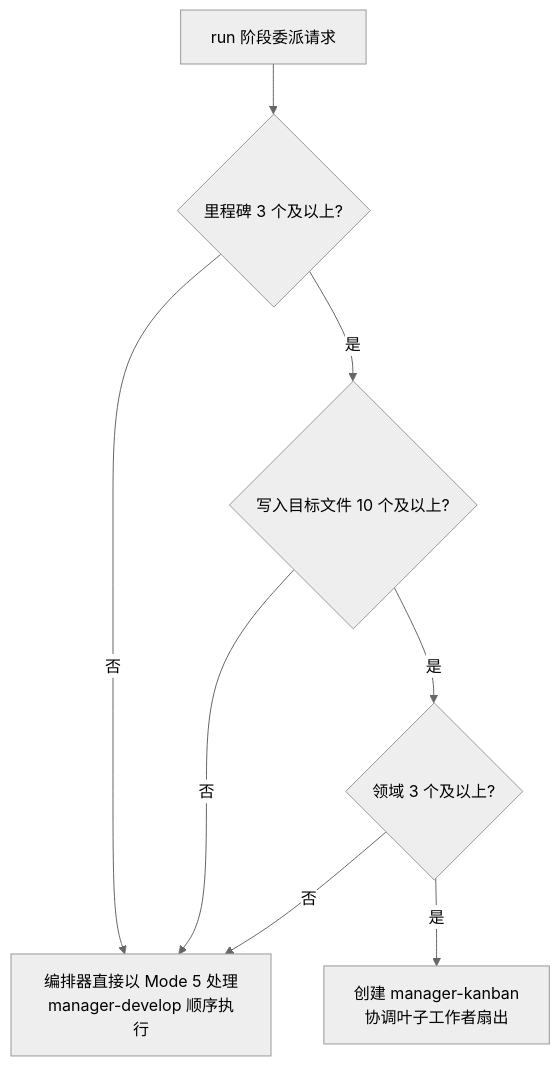
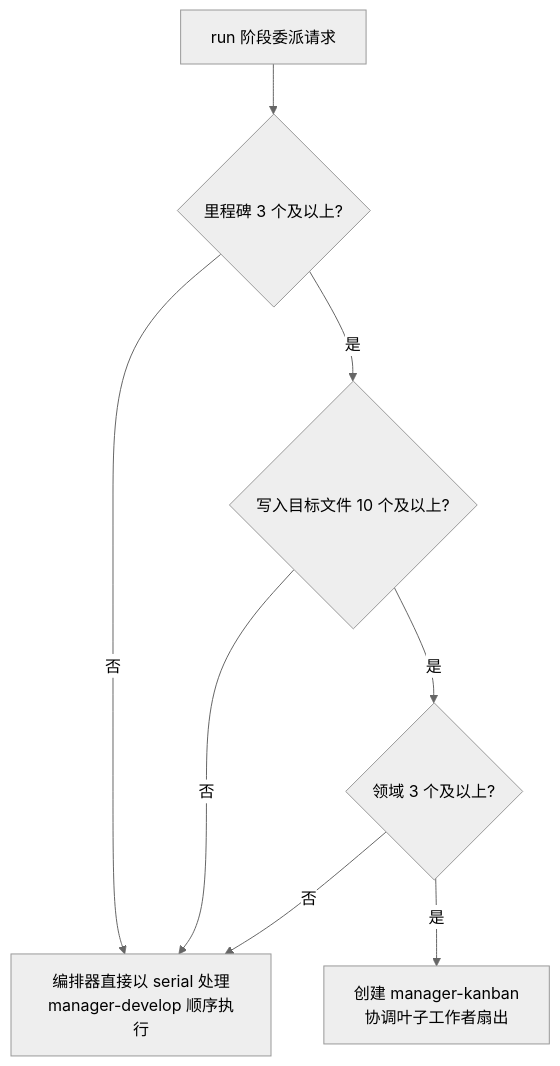
Before and after one commit to modu-ai/moai-adk: the second of 5 diagrams in docs-site/content/zh/advanced/agent-guide.md, drawn with Mermaid (neutral theme). The commit also changed other lines of this file and 80 other files, not shown here.

````diff
--- a/docs-site/content/zh/advanced/agent-guide.md
+++ b/docs-site/content/zh/advanced/agent-guide.md
@@ -144,10 +144,10 @@
 ```mermaid
 flowchart TD
     START["run 阶段委派请求"] --> Q1{"里程碑 3 个及以上?"}
-    Q1 -->|"否"| MODE5["编排器直接以 Mode 5 处理<br>manager-develop 顺序执行"]
+    Q1 -->|"否"| MODE5["编排器直接以 serial 处理<br>manager-develop 顺序执行"]
     Q1 -->|"是"| Q2{"写入目标文件 10 个及以上?"}
     Q2 -->|"否"| MODE5
     Q2 -->|"是"| Q3{"领域 3 个及以上?"}
     Q3 -->|"否"| MODE5
     Q3 -->|"是"| LEAD["创建 manager-kanban<br>协调叶子工作者扇出"]
 ```
````
